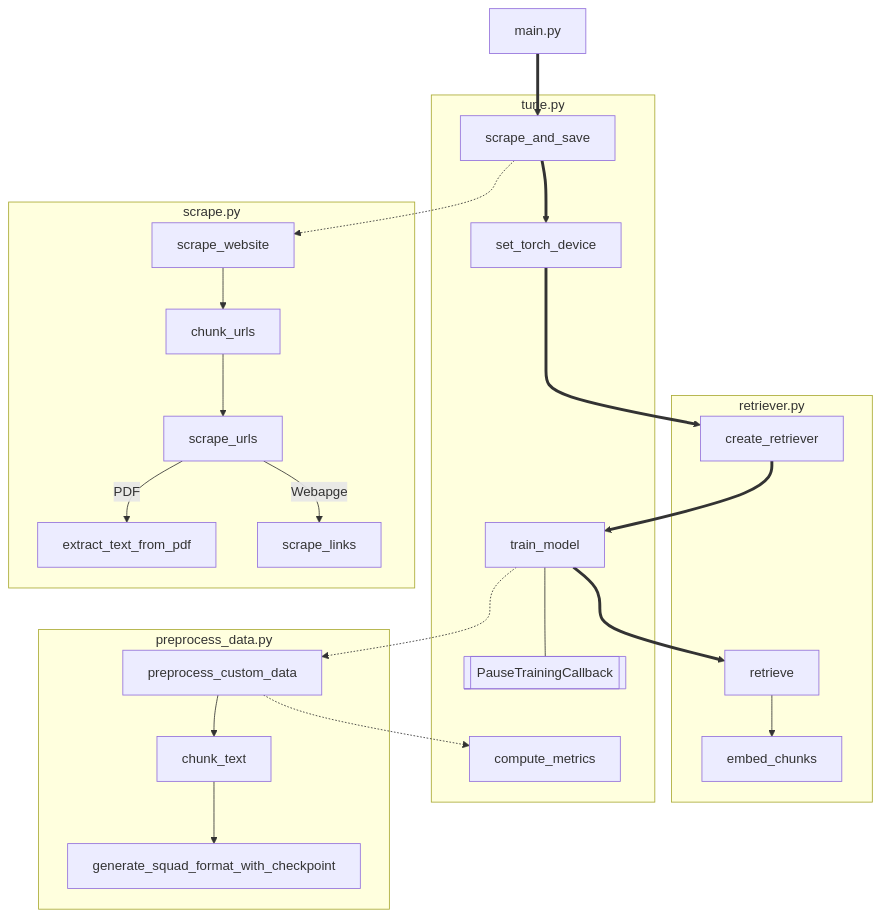
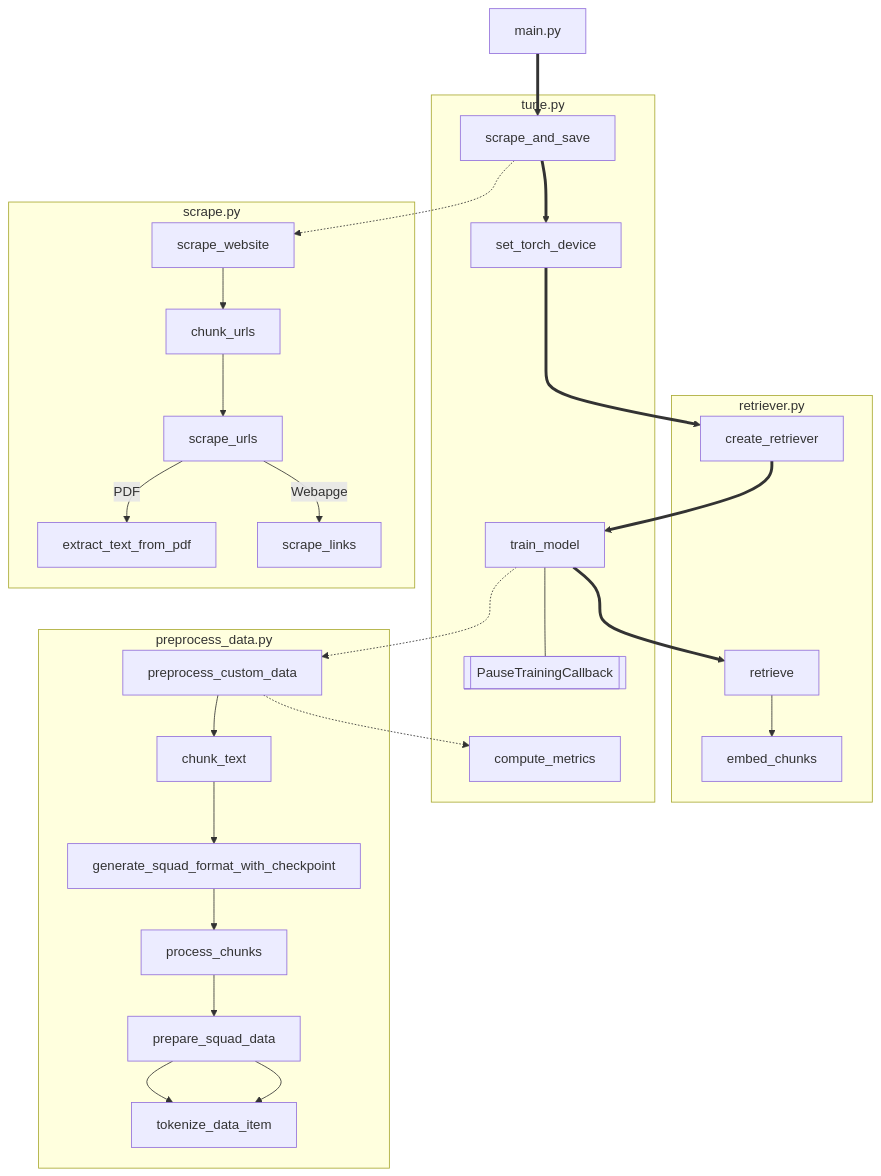
Before and after one commit to ian-young/transformers: the diagram in README.md, drawn with Mermaid.

Commit message:
Updated README to match current structure and formatted markdown.

````diff
--- a/README.md
+++ b/README.md
@@ -9,42 +9,46 @@
 ```mermaid
     flowchart TB
     subgraph retriever.py
         create_retriever
         retrieve
         embed_chunks
     end
     subgraph tune.py
         set_torch_device
         Callback[[PauseTrainingCallback]]
         scrape_and_save
         compute_metrics
         train_model
     end
     subgraph scrape.py
         chunk_urls
         scrape_website
         scrape_urls
         extract_text_from_pdf
         scrape_links
     end
     subgraph preprocess_data.py
         generate_squad_format_with_checkpoint
         chunk_text
         preprocess_custom_data
+        process_chunks
+        prepare_squad_data
+        tokenize_data_item
 
     end
 
     main.py ==> scrape_and_save ==> set_torch_device ===> create_retriever ==> train_model ==> retrieve
 
     scrape_and_save -.-> scrape_website
     scrape_website --> chunk_urls --> scrape_urls
     scrape_urls --PDF--> extract_text_from_pdf
     scrape_urls --Webapge--> scrape_links
 
     train_model -.-> preprocess_custom_data -.-> compute_metrics
     train_model --- Callback
 
-    preprocess_custom_data --> chunk_text --> generate_squad_format_with_checkpoint
+    preprocess_custom_data --> chunk_text --> generate_squad_format_with_checkpoint --> process_chunks --> prepare_squad_data --> tokenize_data_item
+    prepare_squad_data --> tokenize_data_item
 
     retrieve --> embed_chunks
 ```
````
